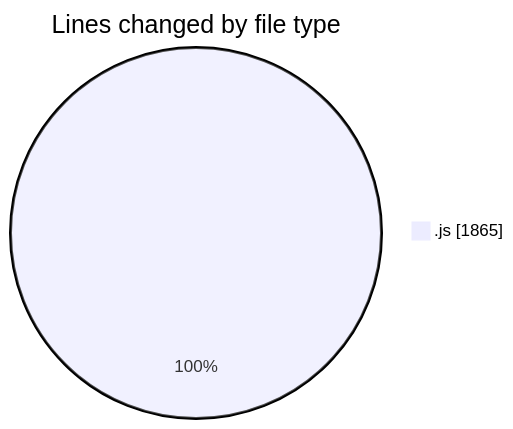
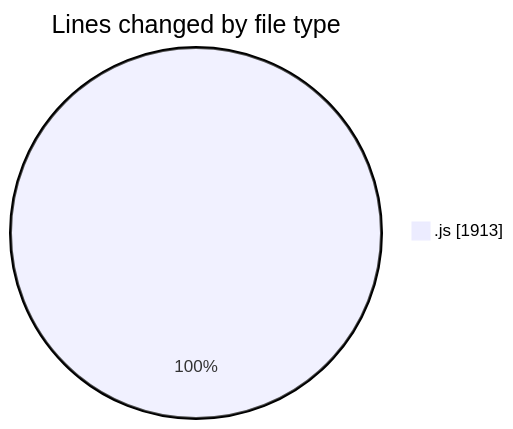
Before and after one commit to BS-eng2023/code-tracking: the first of 2 diagrams in 2025-04-03/jsvms/README.md, drawn with Mermaid. The commit also changed other lines of this file and 1 other file, not shown here.

````diff
--- a/2025-04-03/jsvms/README.md
+++ b/2025-04-03/jsvms/README.md
@@ -31,5 +31,5 @@
 ```mermaid
 pie showData
 title Lines changed by file type
-".js" : 1865
+".js" : 1913
 ```
````
